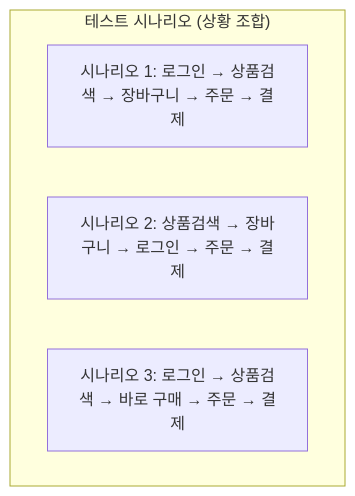
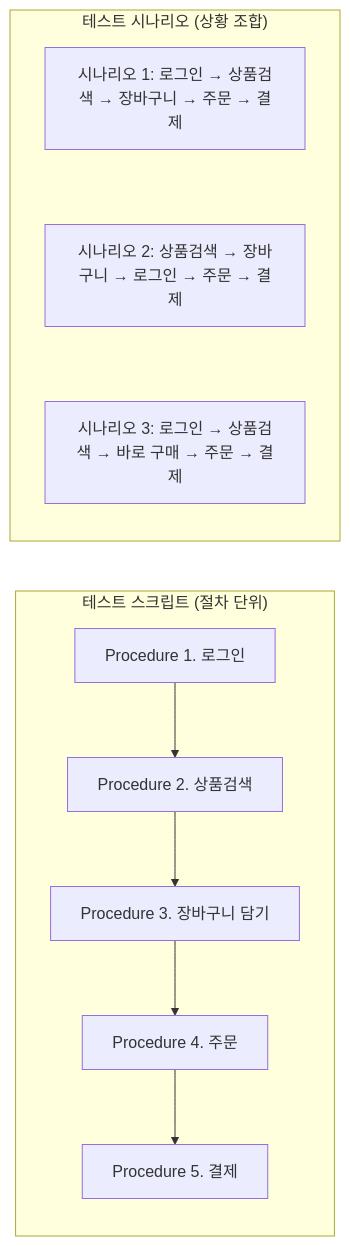
Before and after one commit to sungjin-dev/sungjin-dev.github.io: the first of 7 diagrams in _posts/2026-07-19-eip-test-case-study-3.md, drawn with Mermaid.

````diff
--- a/_posts/2026-07-19-eip-test-case-study-3.md
+++ b/_posts/2026-07-19-eip-test-case-study-3.md
@@ -298,8 +290,21 @@
 ```mermaid
-flowchart TB
-    subgraph 시나리오["테스트 시나리오 (상황 조합)"]
+flowchart LR
+    %% 왼쪽 블록: 테스트 스크립트
+    subgraph Script ["테스트 스크립트 (절차 단위)"]
+        direction TB
+        P1["Procedure 1. 로그인"] --> P2["Procedure 2. 상품검색"] --> P3["Procedure 3. 장바구니 담기"] --> P4["Procedure 4. 주문"] --> P5["Procedure 5. 결제"]
+    end
+
+    %% 오른쪽 블록: 테스트 시나리오
+    subgraph Scenario ["테스트 시나리오 (상황 조합)"]
+        direction TB
         S1["시나리오 1: 로그인 → 상품검색 → 장바구니 → 주문 → 결제"]
+        
         S2["시나리오 2: 상품검색 → 장바구니 → 로그인 → 주문 → 결제"]
+        
         S3["시나리오 3: 로그인 → 상품검색 → 바로 구매 → 주문 → 결제"]
+        
+        %% 시나리오 박스들이 세로로 예쁘게 정렬되도록 투명 선(~~~)으로 연결
+        S1 ~~~ S2 ~~~ S3
     end
 ```
````
